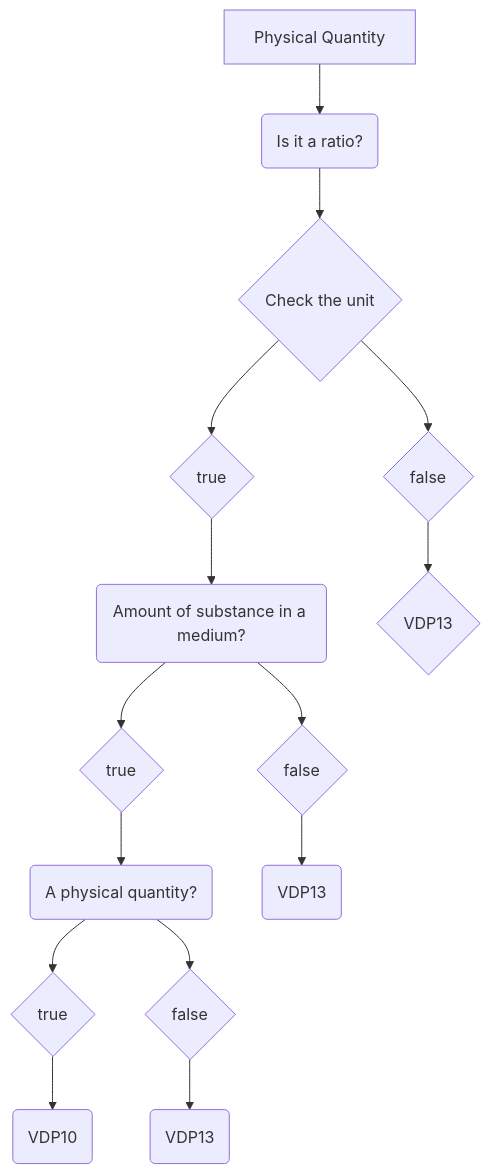
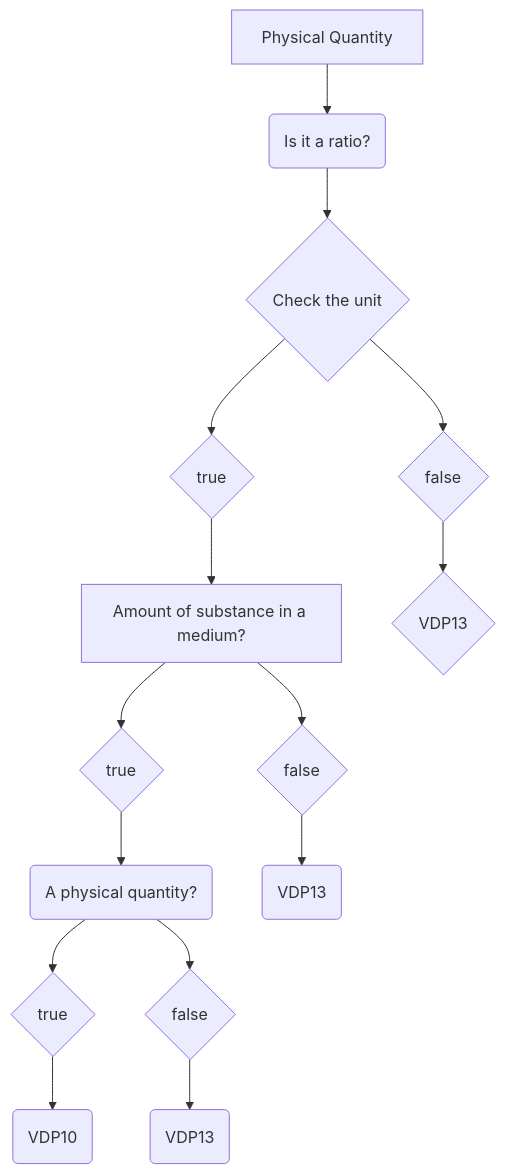
Before and after one commit to mabablue/I-ADOPT-patterns-playground: the diagram in Decisition_trees/DT2.mmd, drawn with Mermaid.

```diff
--- a/Decisition_trees/DT2.mmd
+++ b/Decisition_trees/DT2.mmd
@@ -1,15 +1,15 @@
 flowchart TD
     A[Physical Quantity] --> B(Is it a ratio?)
     B --> B1{Check the unit}
     B1 --> C{true}
     B1 --> D{false}
-    C --> E(Amount of substance in a medium?) 
+    C --> E[Amount of substance in a medium?] 
     E --> F{true}
     E --> G{false}
     F --> H(A physical quantity?)
     D --> I{VDP13} 
     G --> J(VDP13)
     H --> L{true}
     L --> M(VDP10)
     H --> N{false}
     N --> O(VDP13)
```
